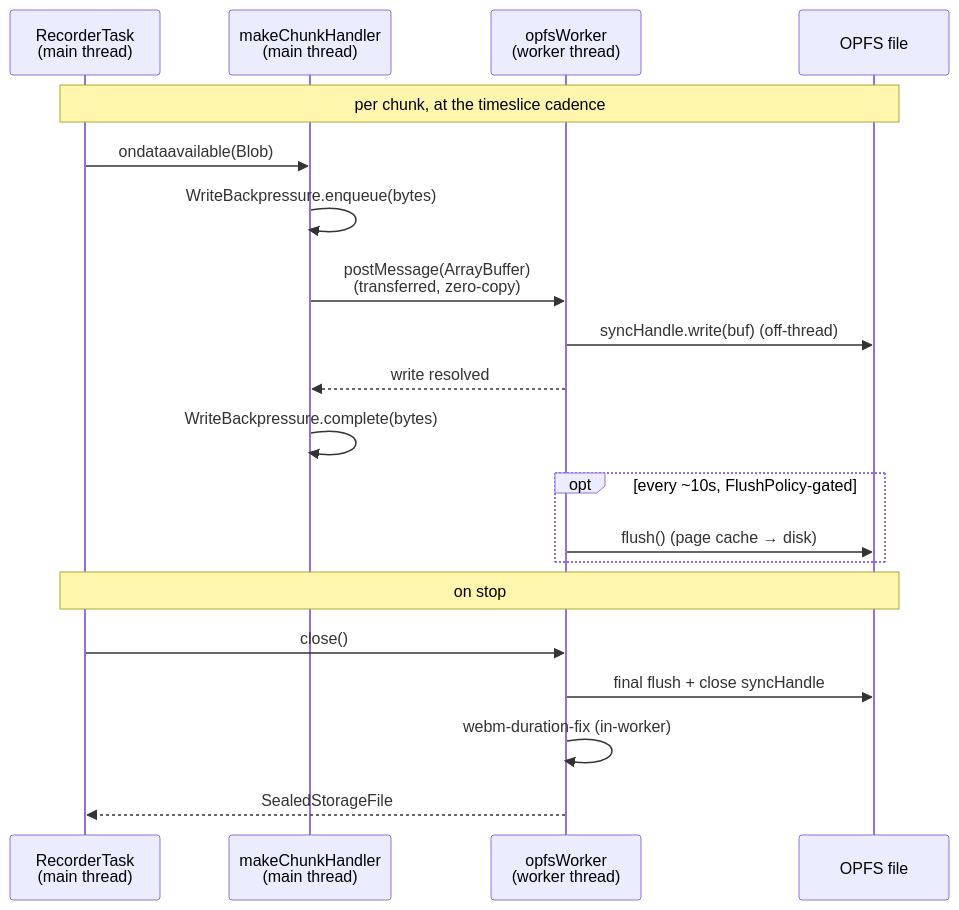
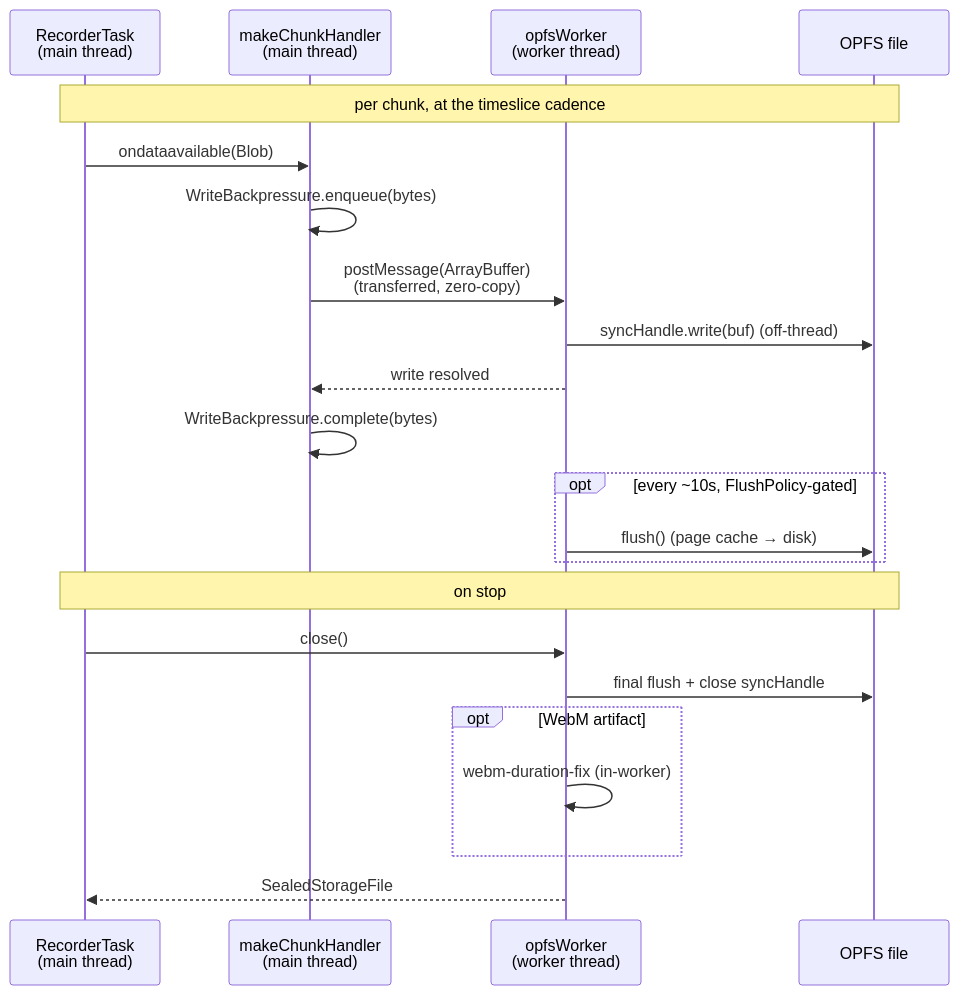
Before and after one commit to CorneiZeR/chrome-meeting-recording-extension: the first of 3 diagrams in src/offscreen/storage/README.md, drawn with Mermaid. The commit also changed other lines of this file and 5 other files, not shown here.

````diff
--- a/src/offscreen/storage/README.md
+++ b/src/offscreen/storage/README.md
@@ -63,23 +64,25 @@
 ```mermaid
 sequenceDiagram
     participant T as RecorderTask<br/>(main thread)
     participant H as makeChunkHandler<br/>(main thread)
     participant W as opfsWorker<br/>(worker thread)
     participant D as OPFS file
 
     Note over T,D: per chunk, at the timeslice cadence
     T->>H: ondataavailable(Blob)
     H->>H: WriteBackpressure.enqueue(bytes)
     H->>W: postMessage(ArrayBuffer)<br/>(transferred, zero-copy)
     W->>D: syncHandle.write(buf) (off-thread)
     W-->>H: write resolved
     H->>H: WriteBackpressure.complete(bytes)
     opt every ~10s, FlushPolicy-gated
         W->>D: flush() (page cache → disk)
     end
     Note over T,D: on stop
     T->>W: close()
     W->>D: final flush + close syncHandle
-    W->>W: webm-duration-fix (in-worker)
+    opt WebM artifact
+        W->>W: webm-duration-fix (in-worker)
+    end
     W-->>T: SealedStorageFile
 ```
````
